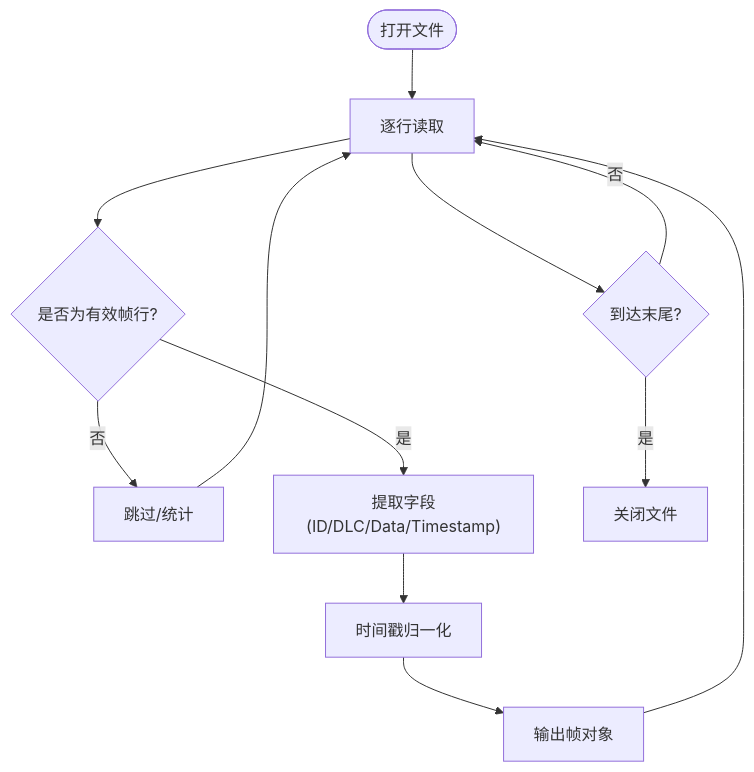
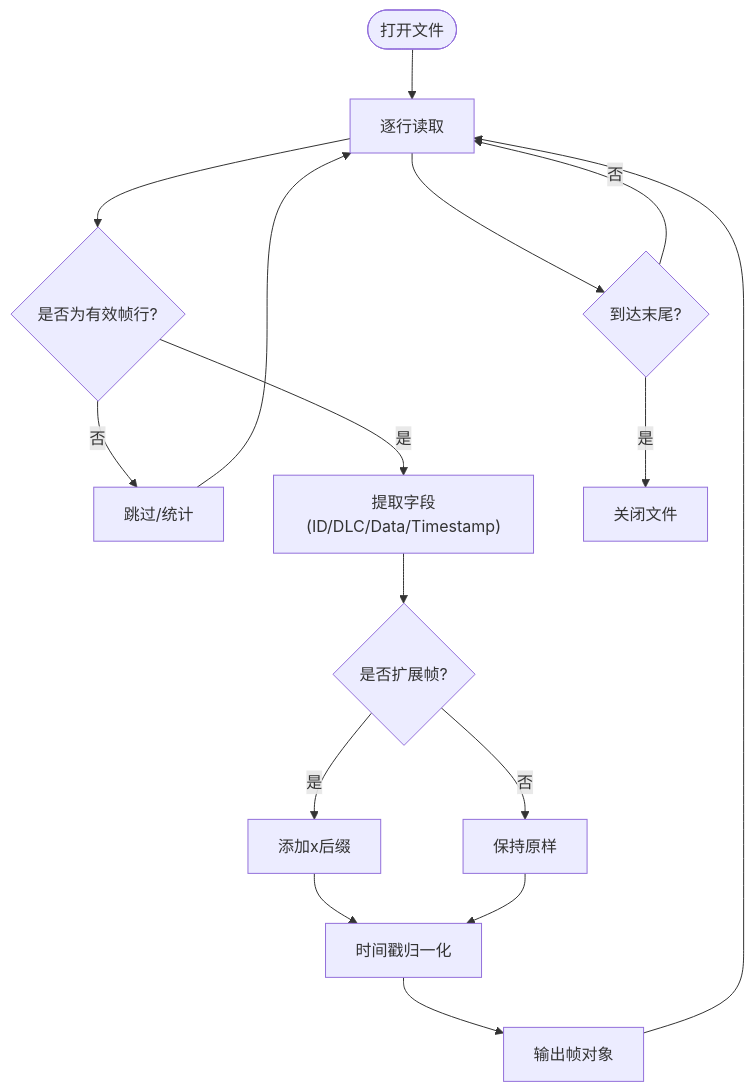
The fifth of 11 diagrams in .qoder/repowiki/zh/content/核心模块详解/CAN文件IO系统.md (jakecai1225-design/OpenBus), drawn with Mermaid before and after one commit. The commit also changed other lines of this file and 56 other files, not shown here.

Commit message:
trace graphic优化

````diff
--- a/.qoder/repowiki/zh/content/核心模块详解/CAN文件IO系统.md
+++ b/.qoder/repowiki/zh/content/核心模块详解/CAN文件IO系统.md
@@ -297,14 +290,18 @@
 ```mermaid
 flowchart TD
 S(["打开文件"]) --> ReadLine["逐行读取"]
 ReadLine --> Parse{"是否为有效帧行?"}
 Parse -- 否 --> Skip["跳过/统计"]
 Skip --> ReadLine
 Parse -- 是 --> Extract["提取字段(ID/DLC/Data/Timestamp)"]
-Extract --> Normalize["时间戳归一化"]
+Extract --> CheckFD{"是否扩展帧?"}
+CheckFD -- 是 --> AddSuffix["添加x后缀"]
+CheckFD -- 否 --> NoSuffix["保持原样"]
+AddSuffix --> Normalize["时间戳归一化"]
+NoSuffix --> Normalize
 Normalize --> Emit["输出帧对象"]
 Emit --> ReadLine
 ReadLine --> EOF{"到达末尾?"}
 EOF -- 否 --> ReadLine
 EOF -- 是 --> Close["关闭文件"]
 ```
````
